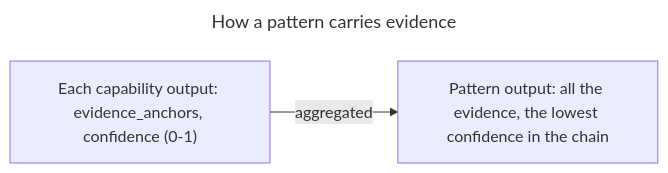
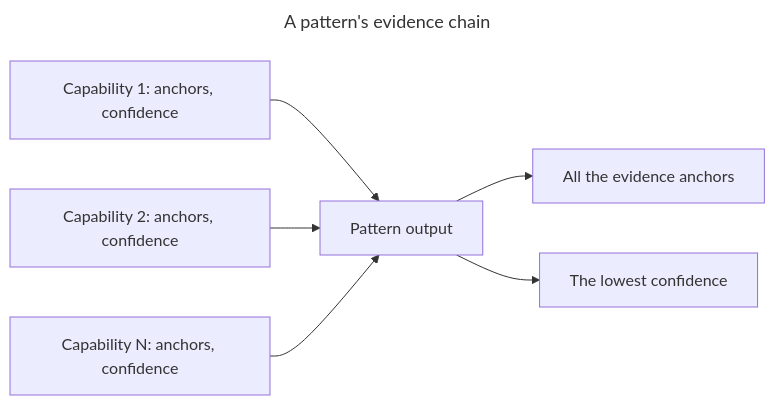
Diagram 18 of 18 in docs/WORKFLOW_PATTERNS.md (synaptiai/agent-capability-standard), drawn with Mermaid before and after one commit. The commit also changed other lines of this file and 34 other files, not shown here.

First line of the commit message:
docs: drop diagrams that repeat the table, list or code beside them

````diff
--- a/docs/WORKFLOW_PATTERNS.md
+++ b/docs/WORKFLOW_PATTERNS.md
@@ -829,8 +816,12 @@
 ```mermaid
 ---
-title: How a pattern carries evidence
+title: A pattern's evidence chain
 ---
 flowchart LR
-  accDescr: Each capability output carries evidence anchors and a confidence from 0 to 1; the pattern output gathers all the evidence and takes the lowest confidence in the chain.
-  caps["Each capability output: evidence_anchors, confidence (0-1)"] -->|aggregated| out["Pattern output: all the evidence, the lowest confidence in the chain"]
+  accDescr: Every capability output in the chain carries its evidence anchors and a confidence; the pattern output takes all of the anchors and the lowest of the confidences.
+  c1["Capability 1: anchors, confidence"] --> out["Pattern output"]
+  c2["Capability 2: anchors, confidence"] --> out
+  cn["Capability N: anchors, confidence"] --> out
+  out --> ev["All the evidence anchors"]
+  out --> lo["The lowest confidence"]
 ```
````
